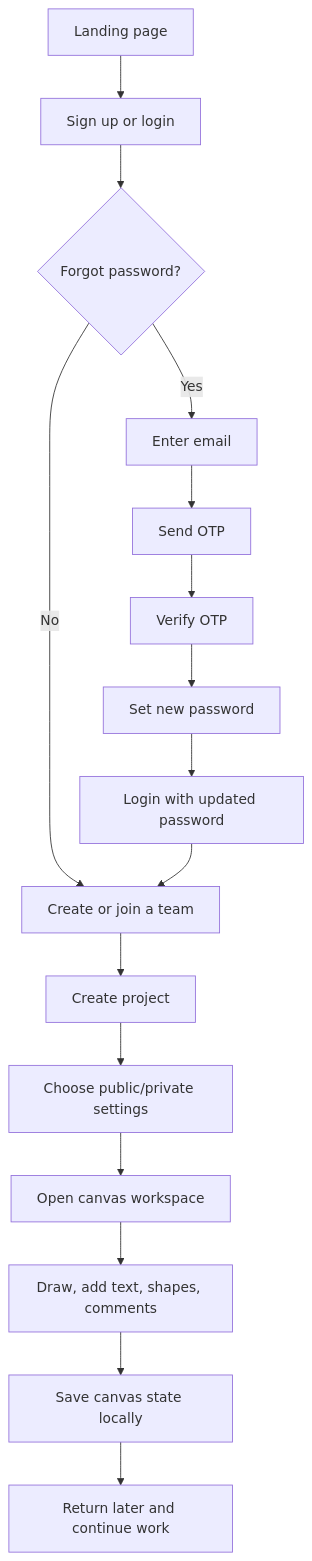
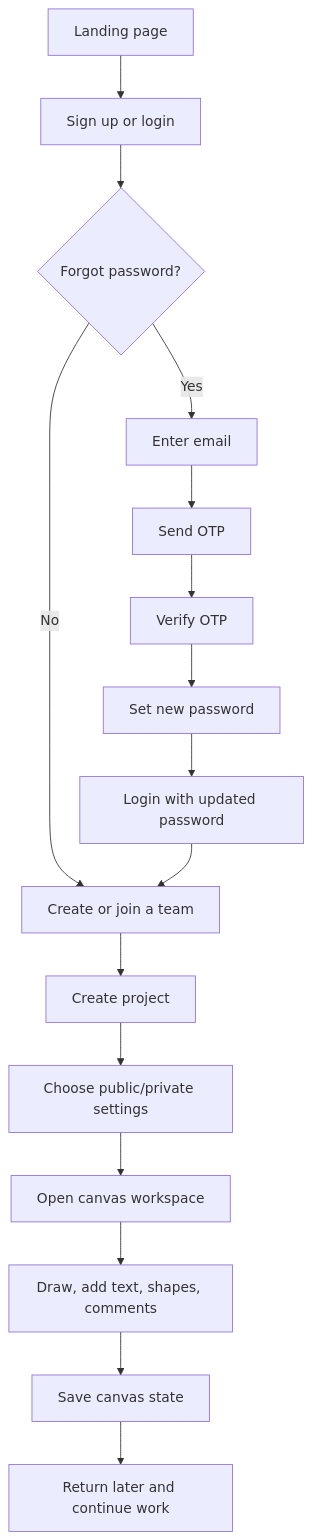
Before and after one commit to nandini11130/DesignSpace: the diagram in README.md, drawn with Mermaid. The commit also changed other lines of this file, not shown here.

````diff
--- a/README.md
+++ b/README.md
@@ -40,18 +39,18 @@
 ```mermaid
 flowchart TD
     A[Landing page] --> B[Sign up or login]
     B --> C{Forgot password?}
     C -->|No| D[Create or join a team]
     C -->|Yes| E[Enter email]
     E --> F[Send OTP]
     F --> G[Verify OTP]
     G --> H[Set new password]
     H --> I[Login with updated password]
     I --> D
     D --> J[Create project]
     J --> K[Choose public/private settings]
     K --> L[Open canvas workspace]
     L --> M[Draw, add text, shapes, comments]
-    M --> N[Save canvas state locally]
+    M --> N[Save canvas state]
     N --> O[Return later and continue work]
 ```
````
